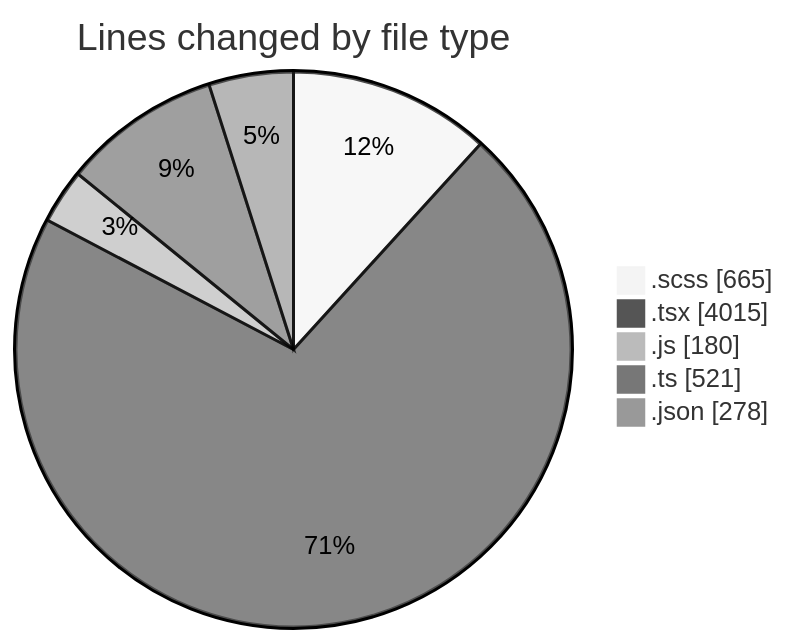
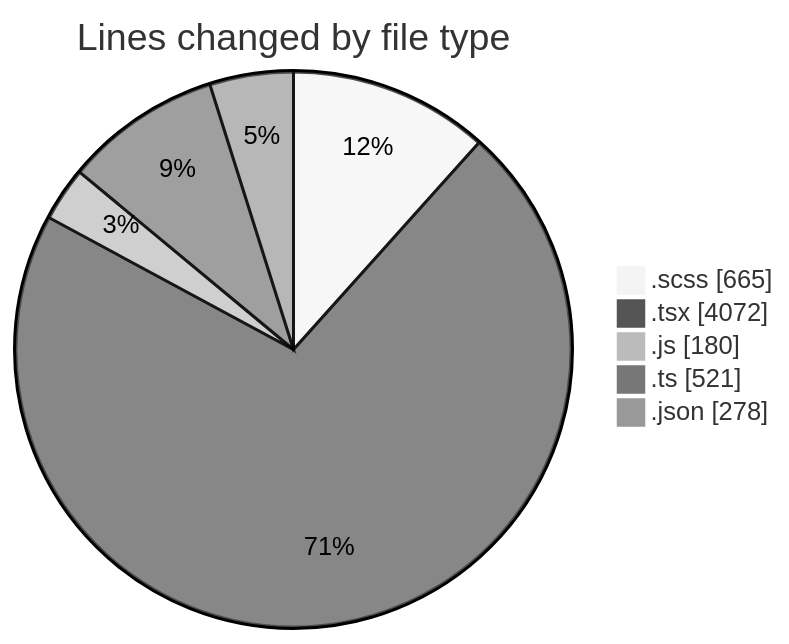
One commit to momahboobian/code-tracking changed the first of 2 diagrams in 2026-08-10/cda/README.md. Above: the diagram before and after it, drawn with Mermaid (neutral theme). The commit also changed other lines of this file and 1 other file, not shown here.

````diff
--- a/2026-08-10/cda/README.md
+++ b/2026-08-10/cda/README.md
@@ -32,9 +32,9 @@
 ```mermaid
 pie showData
 title Lines changed by file type
 ".scss" : 665
-".tsx" : 4015
+".tsx" : 4072
 ".js" : 180
 ".ts" : 521
 ".json" : 278
 ```
````
